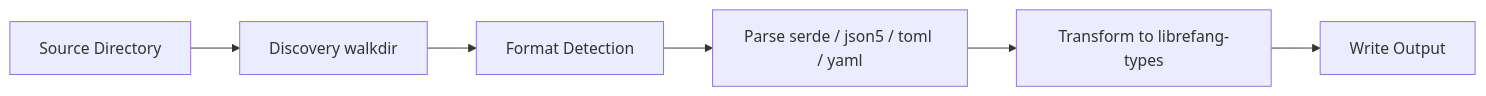
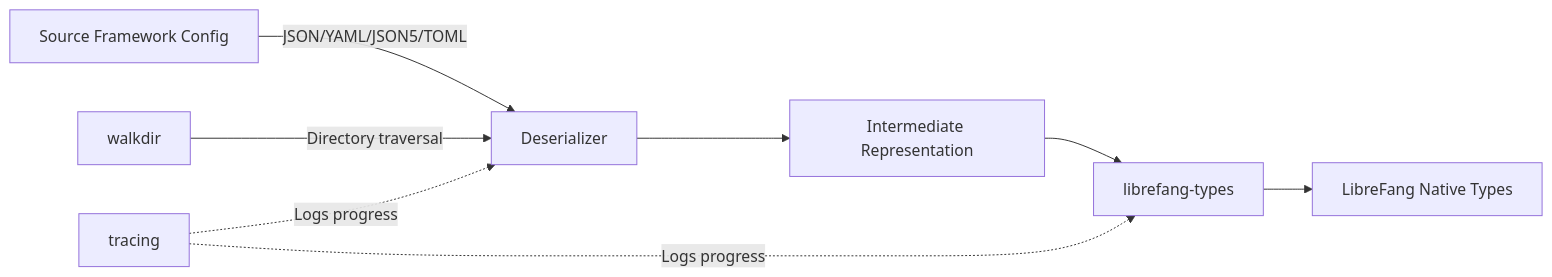
The diagram in other-librefang-migrate.md (leszek3737/librefang-WIki), drawn with Mermaid before and after one commit. The commit also changed other lines of this file and 100 other files, not shown here.

````diff
--- a/other-librefang-migrate.md
+++ b/other-librefang-migrate.md
@@ -27,8 +28,11 @@
 ```mermaid
-flowchart LR
-    A[Source Directory] --> B[Discovery walkdir]
-    B --> C[Format Detection]
-    C --> D[Parse serde / json5 / toml / yaml]
-    D --> E[Transform to librefang-types]
-    E --> F[Write Output]
+graph LR
+    A[Source Framework Config] -->|JSON/YAML/JSON5/TOML| B[Deserializer]
+    B --> C[Intermediate Representation]
+    C --> D[librefang-types]
+    D --> E[LibreFang Native Types]
+    
+    F[walkdir] -->|Directory traversal| B
+    G[tracing] -.->|Logs progress| B
+    G -.->|Logs progress| D
 ```
````
